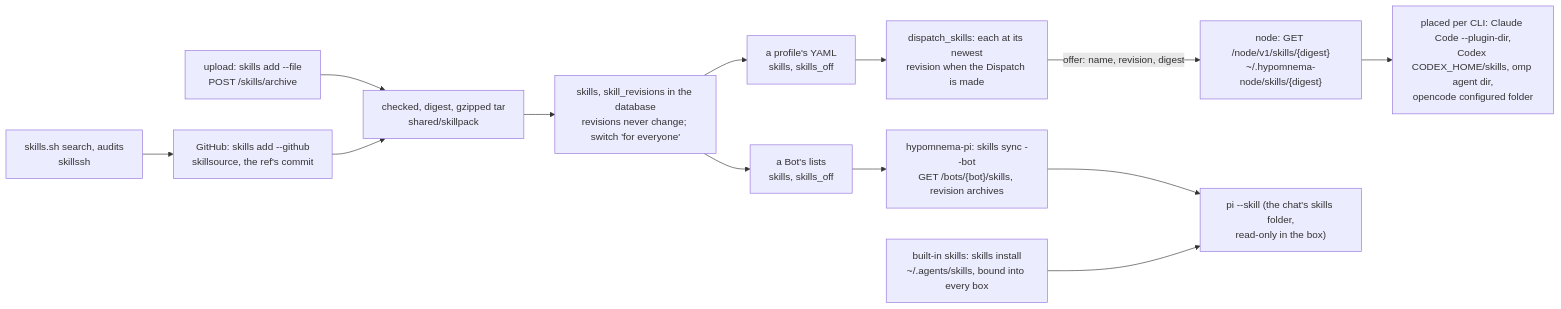
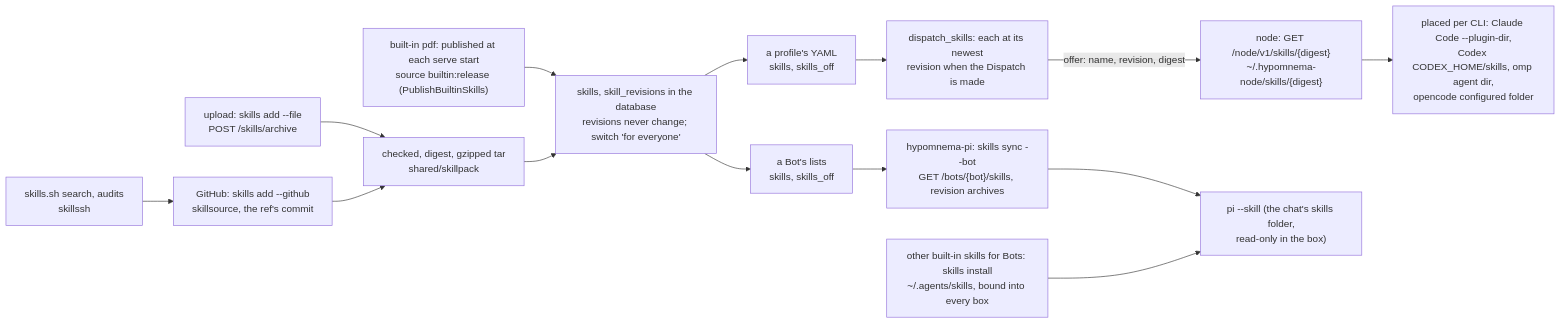
One commit to kl3inIT/hypomnema changed the fourth of 6 diagrams in ARCHITECTURE.md. Above: the diagram before and after it, drawn with Mermaid. The commit also changed other lines of this file, not shown here.

Commit message:
docs: the skills diagram shows the built-in pdf published into the store

````diff
--- a/ARCHITECTURE.md
+++ b/ARCHITECTURE.md
@@ -937,26 +937,28 @@
 ```mermaid
 flowchart LR
     UP["upload: skills add --file<br/>POST /skills/archive"]
     SSH["skills.sh search, audits<br/>skillssh"]
     GH["GitHub: skills add --github<br/>skillsource, the ref's commit"]
     PK["checked, digest, gzipped tar<br/>shared/skillpack"]
     ST["skills, skill_revisions in the database<br/>revisions never change; switch 'for everyone'"]
     PR["a profile's YAML<br/>skills, skills_off"]
     BL["a Bot's lists<br/>skills, skills_off"]
     DS["dispatch_skills: each at its newest<br/>revision when the Dispatch is made"]
     NF["node: GET /node/v1/skills/{digest}<br/>~/.hypomnema-node/skills/{digest}"]
     PL["placed per CLI: Claude Code --plugin-dir,<br/>Codex CODEX_HOME/skills, omp agent dir,<br/>opencode configured folder"]
     SY["hypomnema-pi: skills sync --bot<br/>GET /bots/{bot}/skills, revision archives"]
     PI["pi --skill (the chat's skills folder,<br/>read-only in the box)"]
-    BI["built-in skills: skills install<br/>~/.agents/skills, bound into every box"]
+    BS["built-in pdf: published at each serve start<br/>source builtin:release (PublishBuiltinSkills)"]
+    BI["other built-in skills for Bots: skills install<br/>~/.agents/skills, bound into every box"]
 
     UP --> PK
     SSH --> GH --> PK
+    BS --> ST
     PK --> ST
     ST --> PR
     ST --> BL
     PR --> DS
     DS -- "offer: name, revision, digest" --> NF --> PL
     BL --> SY --> PI
     BI --> PI
 ```
````
